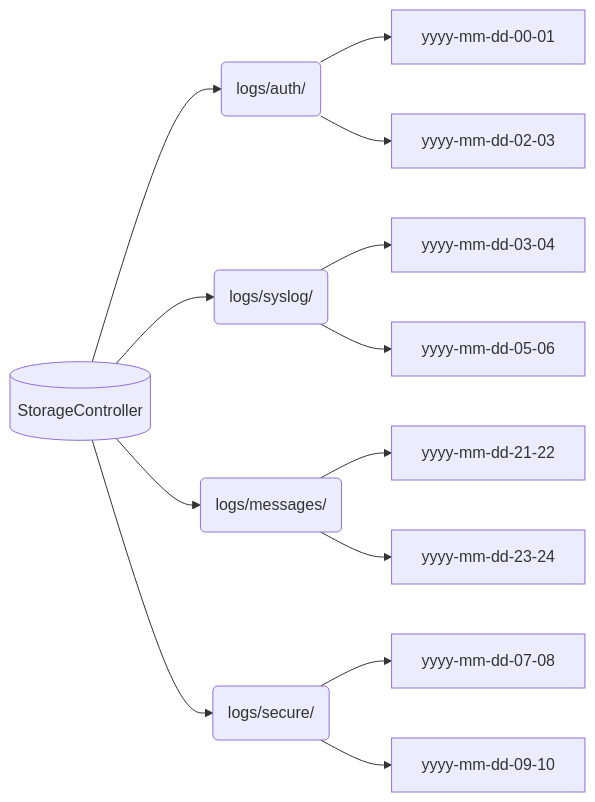
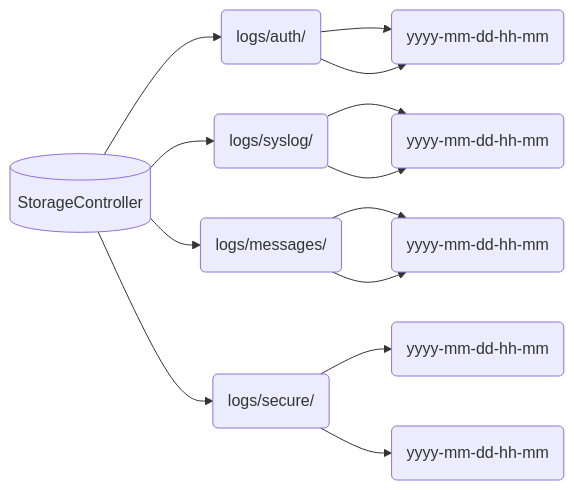
Before and after one commit to endepointe/watchlog: the second of 2 diagrams in docs/README.md, drawn with Mermaid.

````diff
--- a/docs/README.md
+++ b/docs/README.md
@@ -129,15 +129,15 @@
 ```mermaid
 graph LR
 S[(StorageController)] --> l1(logs/auth/)
 S --> l2(logs/syslog/)
 S --> l3(logs/messages/)
 S --> l4(logs/secure/)
-l1 --> yyyy-mm-dd-00-01
-l1 --> yyyy-mm-dd-02-03
-l2 --> yyyy-mm-dd-03-04
-l2 --> yyyy-mm-dd-05-06
-l3 --> yyyy-mm-dd-21-22
-l3 --> yyyy-mm-dd-23-24
-l4 --> yyyy-mm-dd-07-08
-l4 --> yyyy-mm-dd-09-10
+l1 --> h1(yyyy-mm-dd-hh-mm)
+l1 --> h1(yyyy-mm-dd-hh-mm)
+l2 --> h2(yyyy-mm-dd-hh-mm)
+l2 --> h2(yyyy-mm-dd-hh-mm)
+l3 --> h3(yyyy-mm-dd-hh-mm)
+l3 --> h3(yyyy-mm-dd-hh-mm)
+l4 --> h4(yyyy-mm-dd-hh-mm)
+l4 --> h5(yyyy-mm-dd-hh-mm)
 ```
````
